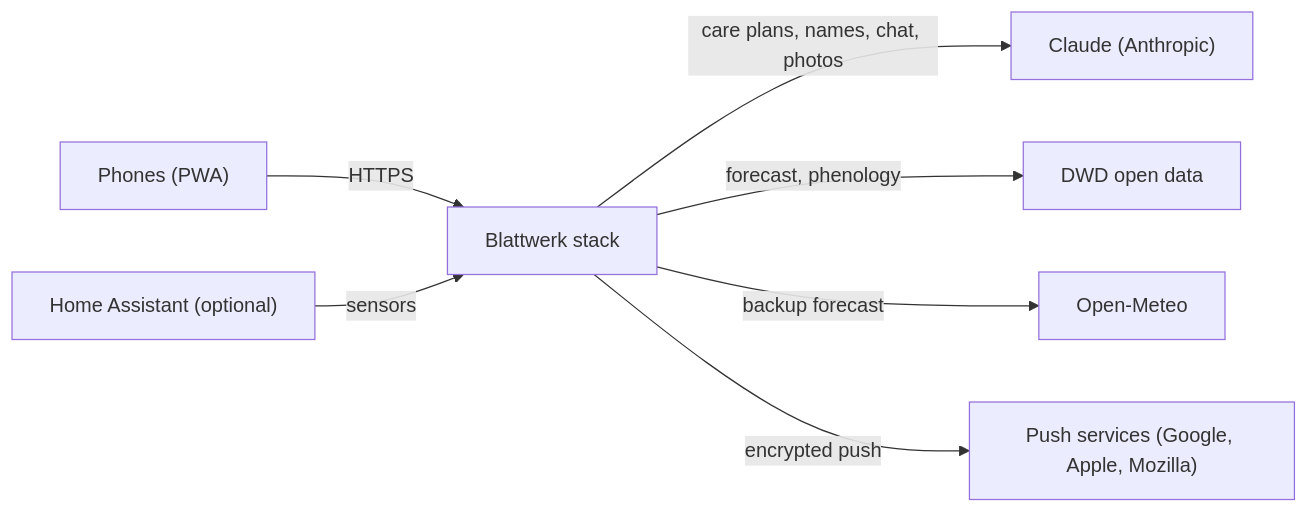
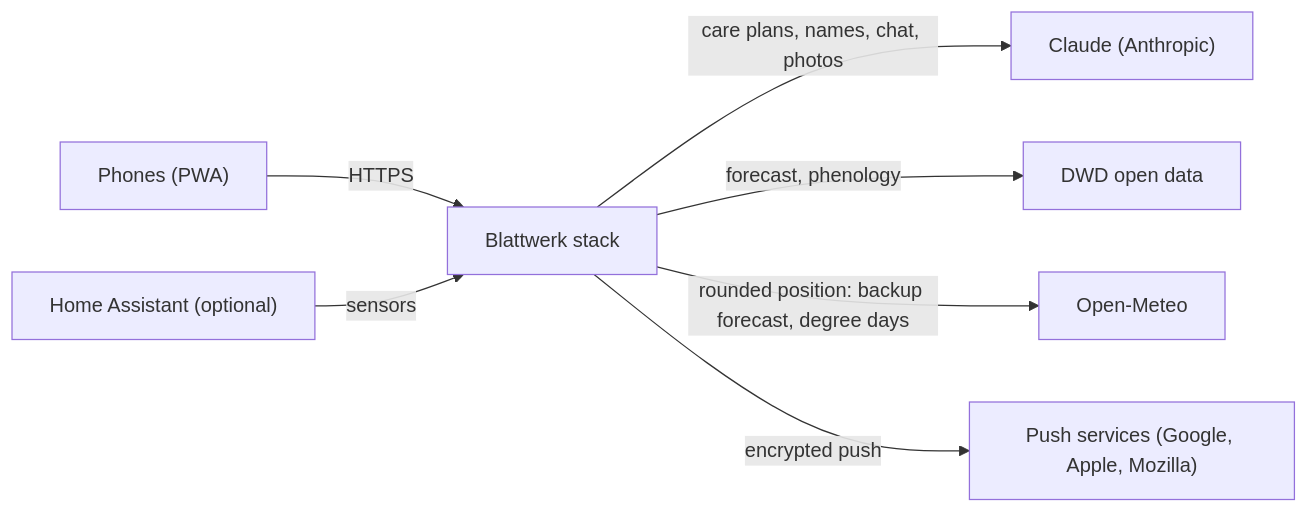
Before and after one commit to klopfer-hello/blattwerk: the first of 6 diagrams in docs/architecture.md, drawn with Mermaid. The commit also changed other lines of this file and 13 other files, not shown here.

````diff
--- a/docs/architecture.md
+++ b/docs/architecture.md
@@ -8,9 +8,9 @@
 ```mermaid
 flowchart LR
   phone["Phones (PWA)"] -- HTTPS --> bw["Blattwerk stack"]
   bw -- "care plans, names, chat, photos" --> claude["Claude (Anthropic)"]
   bw -- "forecast, phenology" --> dwd["DWD open data"]
-  bw -- "backup forecast" --> om["Open-Meteo"]
+  bw -- "rounded position: backup forecast, degree days" --> om["Open-Meteo"]
   bw -- "encrypted push" --> push["Push services (Google, Apple, Mozilla)"]
   ha["Home Assistant (optional)"] -- sensors --> bw
 ```
````
